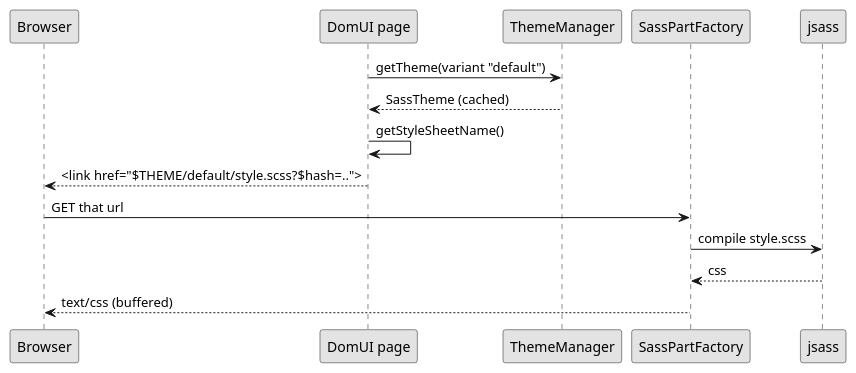
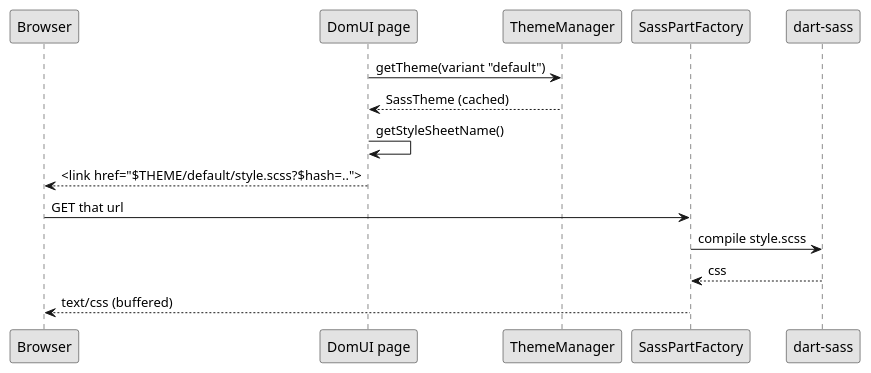
The second of 2 diagrams in site/content/look-and-feel/themes/index.md (fjalvingh/domui.github.io), drawn with PlantUML before and after one commit. The commit also changed other lines of this file and 6 other files, not shown here.

````diff
--- a/site/content/look-and-feel/themes/index.md
+++ b/site/content/look-and-feel/themes/index.md
@@ -251,20 +270,20 @@
 ```plantuml
 @startuml
 skinparam monochrome true
 skinparam shadowing false
 participant Browser
 participant "DomUI page" as Page
 participant ThemeManager
 participant SassPartFactory
-participant "jsass" as Sass
+participant "dart-sass" as Sass
 
 Page -> ThemeManager: getTheme(variant "default")
 ThemeManager --> Page: SassTheme (cached)
 Page -> Page: getStyleSheetName()
 Page --> Browser: <link href="$THEME/default/style.scss?$hash=..">
 Browser -> SassPartFactory: GET that url
 SassPartFactory -> Sass: compile style.scss
 Sass --> SassPartFactory: css
 SassPartFactory --> Browser: text/css (buffered)
 @enduml
 ```
````
